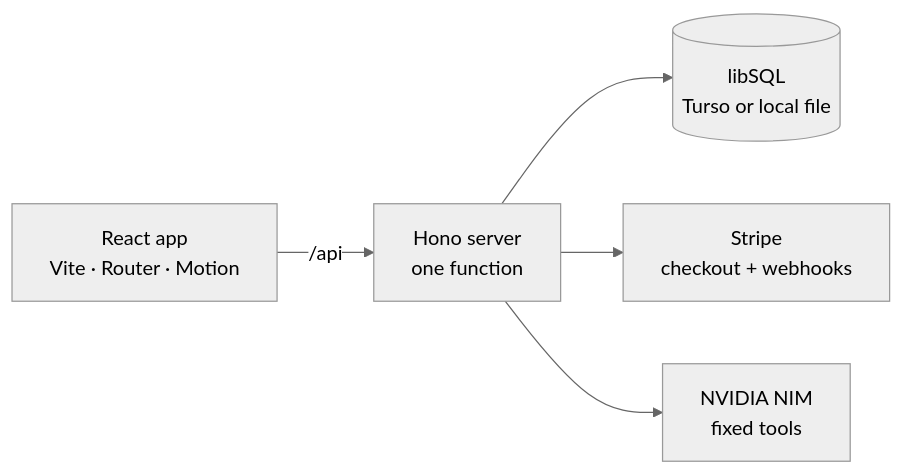
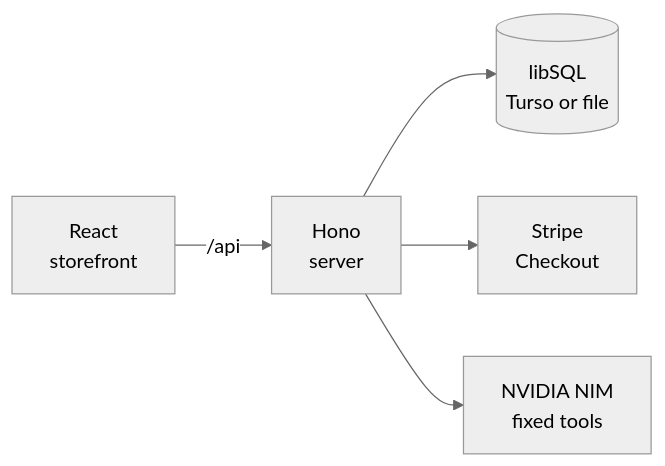
The diagram in README.md (Chmgx81/ler-storefront), drawn with Mermaid (neutral theme) before and after one commit. The commit also changed other lines of this file, not shown here.

Commit message:
docs: compact the architecture diagram and unify list punctuation

````diff
--- a/README.md
+++ b/README.md
@@ -72,7 +72,7 @@
 ```mermaid
 flowchart LR
-  B["React app<br/>Vite · Router · Motion"] -->|/api| H["Hono server<br/>one function"]
-  H --> D[("libSQL<br/>Turso or local file")]
-  H --> S["Stripe<br/>checkout + webhooks"]
+  B["React<br/>storefront"] -->|/api| H["Hono<br/>server"]
+  H --> D[("libSQL<br/>Turso or file")]
+  H --> S["Stripe<br/>Checkout"]
   H --> N["NVIDIA NIM<br/>fixed tools"]
 ```
````
